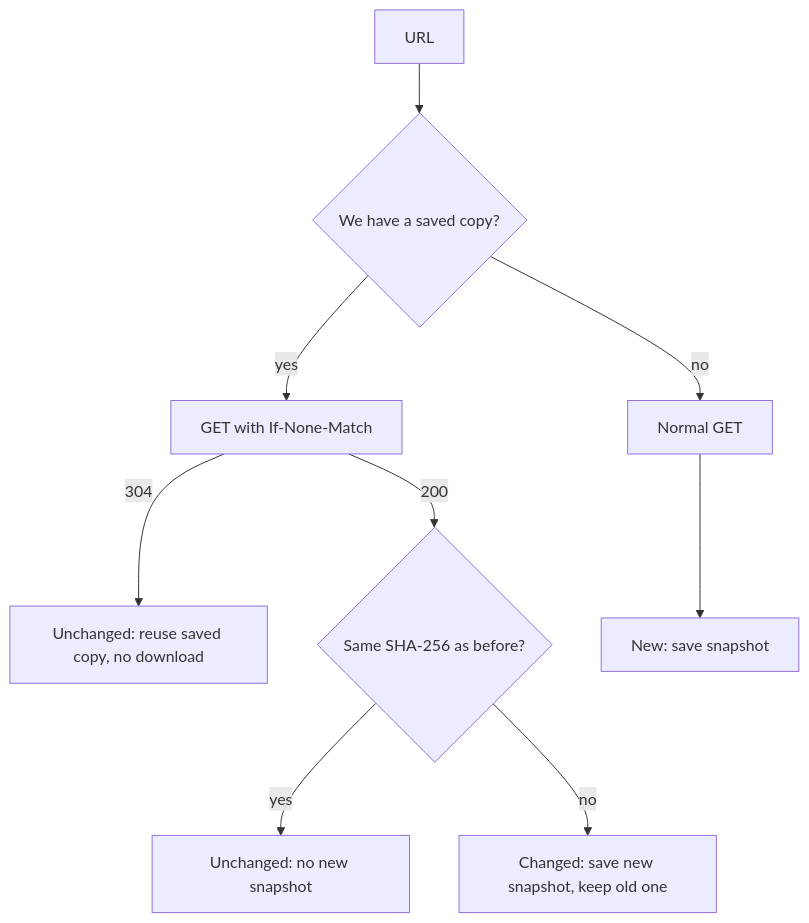
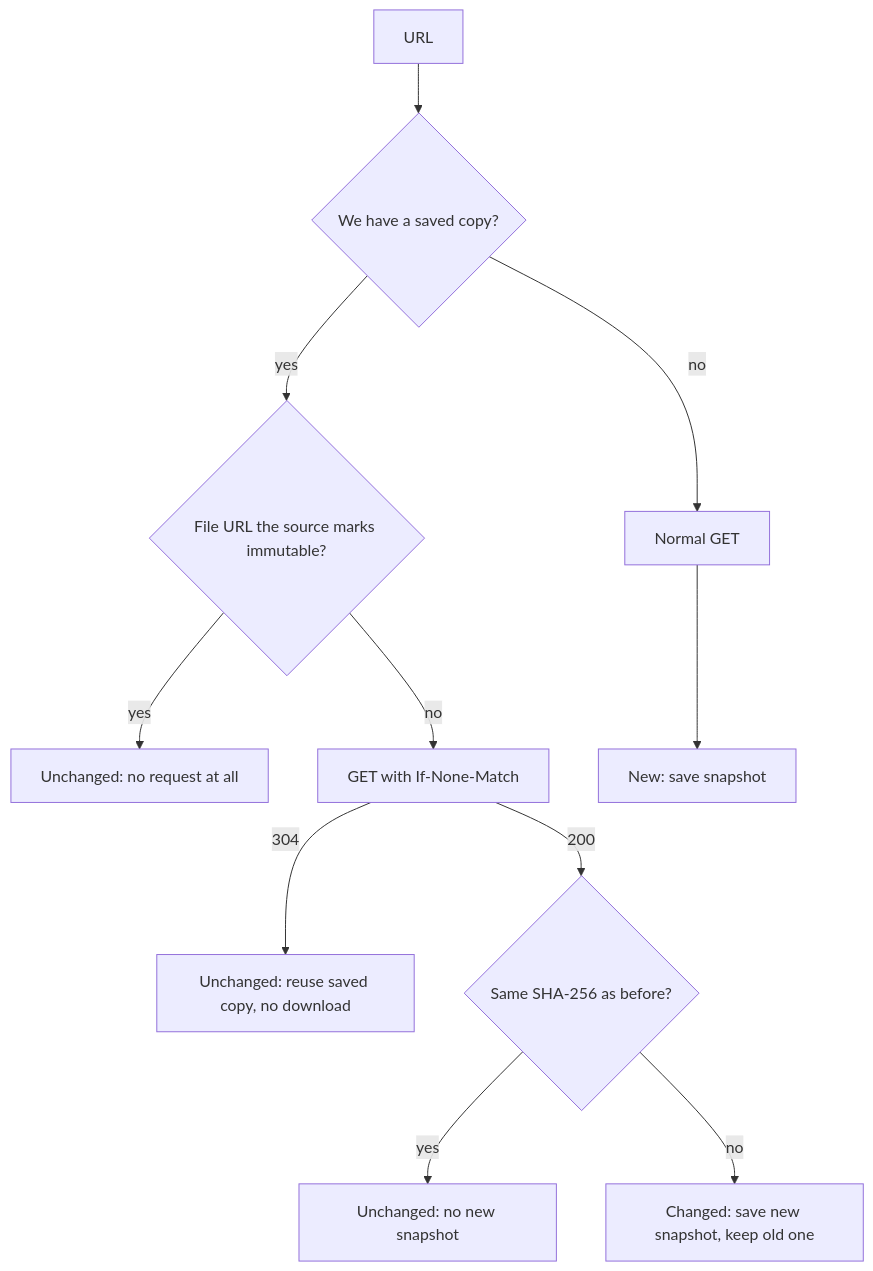
The sixth of 6 diagrams in docs/DESIGN.md (Mona-Alkhatib/scrapekit), drawn with Mermaid before and after one commit. The commit also changed other lines of this file and 1 other file, not shown here.

````diff
--- a/docs/DESIGN.md
+++ b/docs/DESIGN.md
@@ -276,11 +280,13 @@
 ```mermaid
 flowchart TD
     A[URL] --> B{We have a saved copy?}
     B -- no --> F[Normal GET]
-    B -- yes --> C[GET with If-None-Match]
+    B -- yes --> I{File URL the source marks immutable?}
+    I -- yes --> U0[Unchanged: no request at all]
+    I -- no --> C[GET with If-None-Match]
     C -- 304 --> U[Unchanged: reuse saved copy, no download]
     C -- 200 --> H{Same SHA-256 as before?}
     F --> N[New: save snapshot]
     H -- yes --> U2[Unchanged: no new snapshot]
     H -- no --> CH[Changed: save new snapshot, keep old one]
 ```
````
